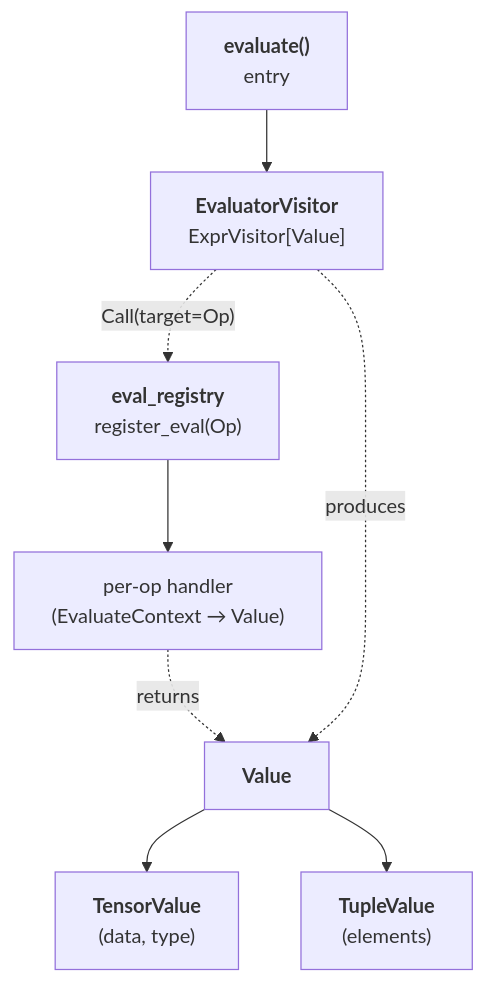
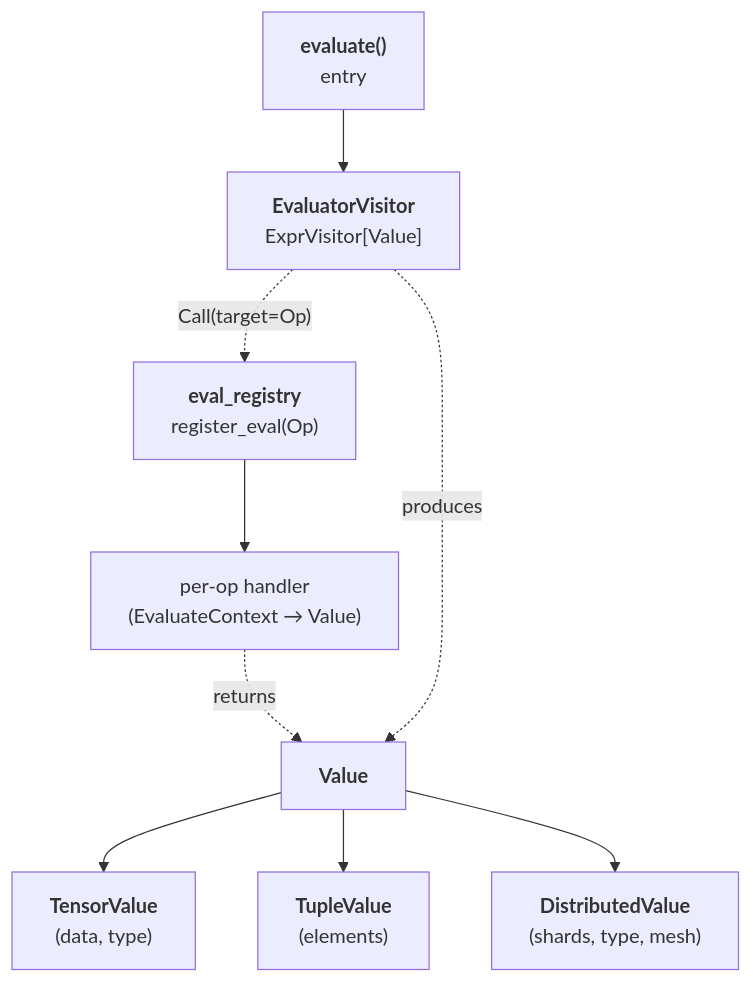
The diagram in docs/spec/evaluator.md (UranusSeven/TileFoundry), drawn with Mermaid before and after one commit. The commit also changed other lines of this file and 13 other files, not shown here.

````diff
--- a/docs/spec/evaluator.md
+++ b/docs/spec/evaluator.md
@@ -8,18 +8,20 @@
 ```mermaid
 flowchart TB
     evaluate["<b>evaluate()</b><br/>entry"]
     Evaluator["<b>EvaluatorVisitor</b><br/>ExprVisitor[Value]"]
     registry["<b>eval_registry</b><br/>register_eval(Op)"]
     handler["per-op handler<br/>(EvaluateContext → Value)"]
     Value["<b>Value</b>"]
     TensorValue["<b>TensorValue</b><br/>(data, type)"]
     TupleValue["<b>TupleValue</b><br/>(elements)"]
+    DistributedValue["<b>DistributedValue</b><br/>(shards, type, mesh)"]
 
     evaluate --> Evaluator
     Evaluator -. "Call(target=Op)" .-> registry
     registry --> handler
     handler -. returns .-> Value
     Evaluator -. produces .-> Value
     Value --> TensorValue
     Value --> TupleValue
+    Value --> DistributedValue
 ```
````
